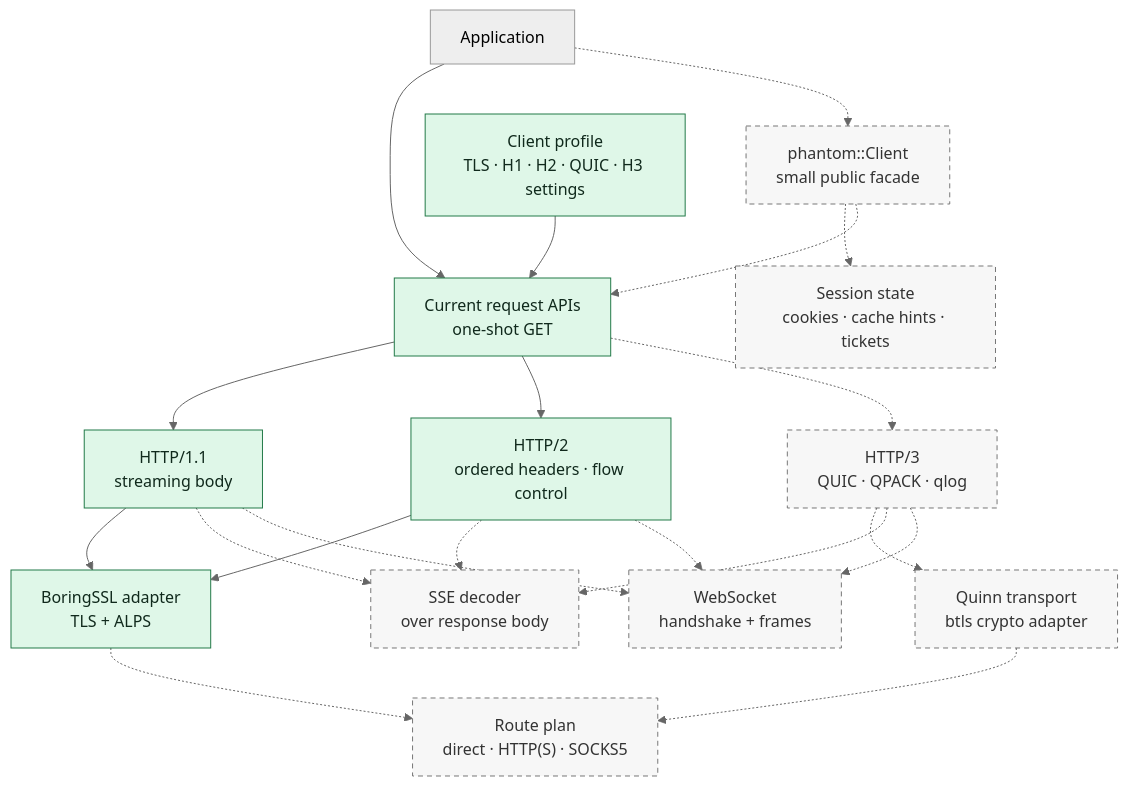
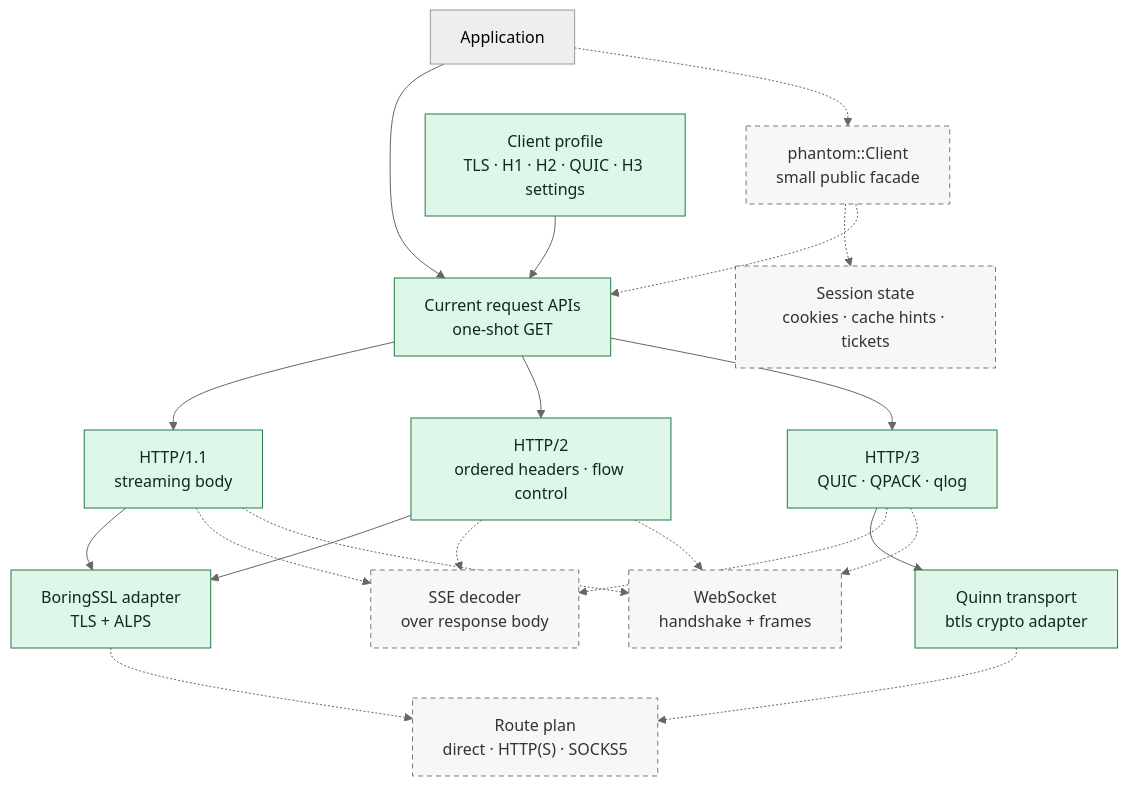
The first of 4 diagrams in docs/architecture.md (bywayhq/phantom), drawn with Mermaid (neutral theme) before and after one commit. The commit also changed other lines of this file and 22 other files, not shown here.

````diff
--- a/docs/architecture.md
+++ b/docs/architecture.md
@@ -22,42 +22,42 @@
 ```mermaid
 flowchart TB
     User[Application]
     Client["phantom::Client<br/>small public facade"]
     Session["Session state<br/>cookies · cache hints · tickets"]
     Profile["Client profile<br/>TLS · H1 · H2 · QUIC · H3 settings"]
     Route["Route plan<br/>direct · HTTP(S) · SOCKS5"]
     Request["Current request APIs<br/>one-shot GET"]
 
     H1["HTTP/1.1<br/>streaming body"]
     H2["HTTP/2<br/>ordered headers · flow control"]
     H3["HTTP/3<br/>QUIC · QPACK · qlog"]
     TLS["BoringSSL adapter<br/>TLS + ALPS"]
     QUIC["Quinn transport<br/>btls crypto adapter"]
     SSE["SSE decoder<br/>over response body"]
     WS["WebSocket<br/>handshake + frames"]
 
     User --> Request
     Profile --> Request
     Request --> H1
     Request --> H2
     User -.-> Client
     Client -.-> Session
     Client -.-> Request
-    Request -.-> H3
+    Request --> H3
     H1 --> TLS
     H2 --> TLS
-    H3 -.-> QUIC
+    H3 --> QUIC
     TLS -.-> Route
     QUIC -.-> Route
     H1 -.-> SSE
     H2 -.-> SSE
     H3 -.-> SSE
     H1 -.-> WS
     H2 -.-> WS
     H3 -.-> WS
 
     classDef current fill:#dff7e8,stroke:#237a49,color:#10291c
     classDef planned fill:#f7f7f7,stroke:#777,stroke-dasharray:5 4,color:#333
-    class Profile,Request,H1,H2,TLS current
-    class Client,Session,Route,H3,QUIC,SSE,WS planned
+    class Profile,Request,H1,H2,H3,TLS,QUIC current
+    class Client,Session,Route,SSE,WS planned
 ```
````
